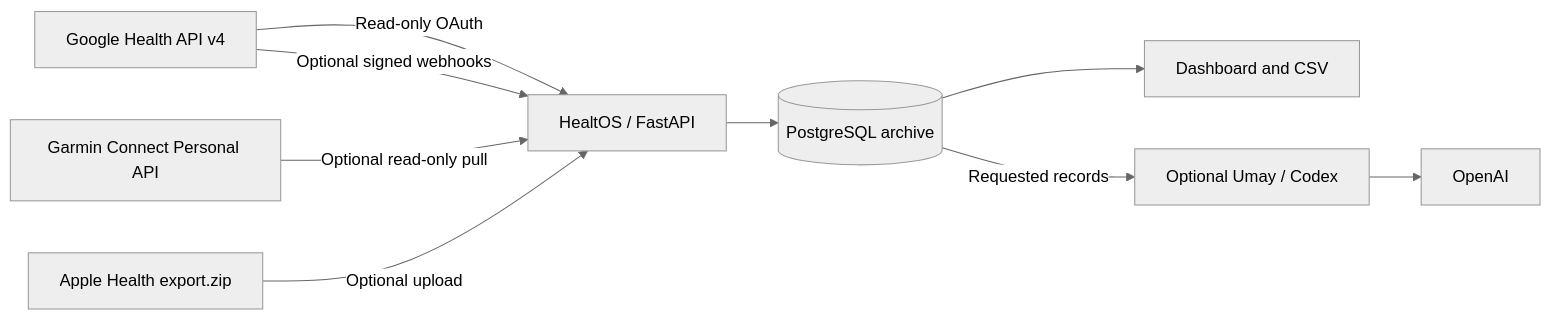
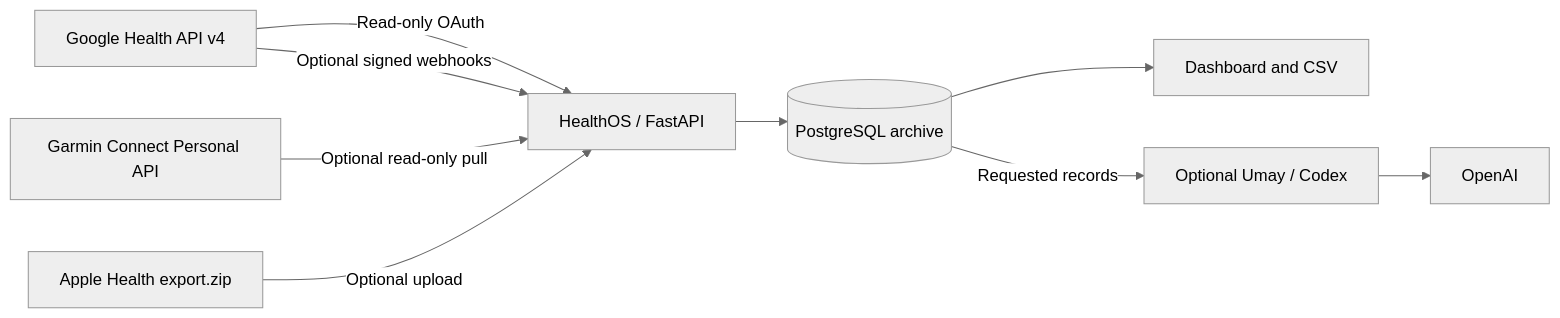
The diagram in README.md (M3rgen/HealthOS), drawn with Mermaid (neutral theme) before and after one commit. The commit also changed other lines of this file and 51 other files, not shown here.

Commit message:
HealthOS: name unification HealtOS → HealthOS (main 59cc48d + eklenti/apple e057c55 + eklenti/kurulum bbffd7a) — repo renamed to M3rgen/HealthOS; old browser storage keys, installer paths, env vars and launchd labels migrate automatically

````diff
--- a/README.md
+++ b/README.md
@@ -78,11 +78,11 @@
 ```mermaid
 flowchart LR
-    G[Google Health API v4] -->|Read-only OAuth| A[HealtOS / FastAPI]
+    G[Google Health API v4] -->|Read-only OAuth| A[HealthOS / FastAPI]
     G -->|Optional signed webhooks| A
     R[Garmin Connect Personal API] -->|Optional read-only pull| A
     H[Apple Health export.zip] -->|Optional upload| A
     A --> P[(PostgreSQL archive)]
     P --> D[Dashboard and CSV]
     P -->|Requested records| U[Optional Umay / Codex]
     U --> O[OpenAI]
 ```
````
